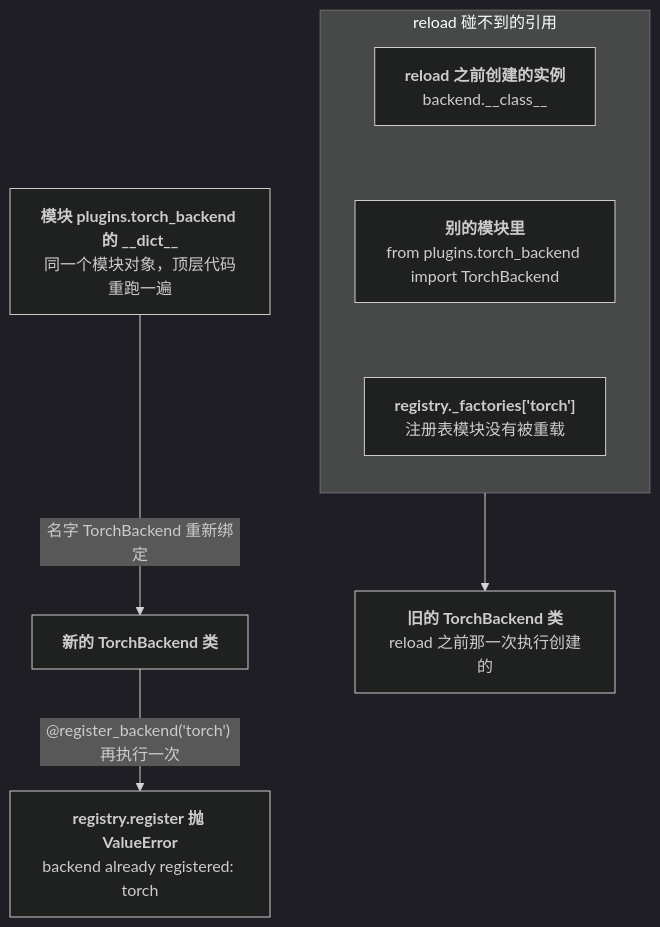
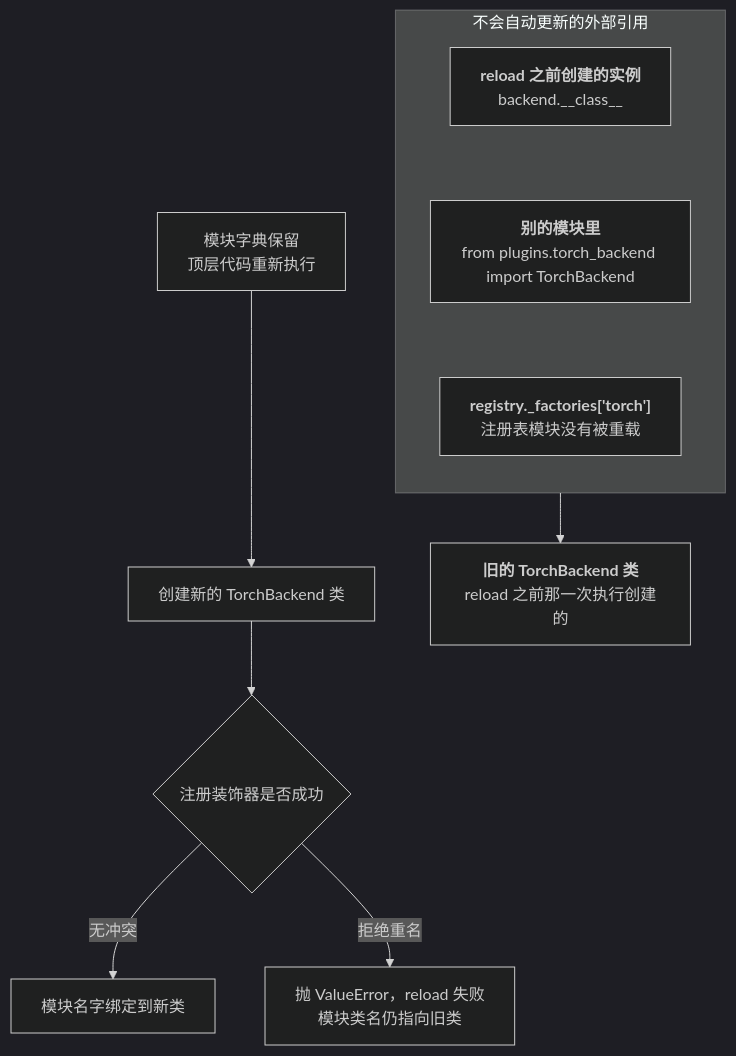
One commit to arganzheng/arganzheng.github.com changed the fifth of 6 diagrams in _posts/2026-01-27-python-reflection-metaprogramming-and-plugin-architecture.md. Above: the diagram before and after it, drawn with Mermaid (dark theme). The commit also changed other lines of this file and 1 other file, not shown here.

Commit message:
Python 04/06：就近 Java 对照、补机制图与总览图、修正示例语法和技术表述

````diff
--- a/_posts/2026-01-27-python-reflection-metaprogramming-and-plugin-architecture.md
+++ b/_posts/2026-01-27-python-reflection-metaprogramming-and-plugin-architecture.md
@@ -1448,11 +1493,13 @@
 ```mermaid
 %% 图：importlib.reload 之后谁指向新类、谁还指向旧类
 flowchart TB
-    M["<b>模块 plugins.torch_backend 的 __dict__</b><br/>同一个模块对象，顶层代码重跑一遍"] -- "名字 TorchBackend 重新绑定" --> NEW["<b>新的 TorchBackend 类</b>"]
-    NEW -- "@register_backend('torch') 再执行一次" --> ERR["<b>registry.register 抛 ValueError</b><br/>backend already registered: torch"]
-    subgraph KEEP["reload 碰不到的引用"]
+    M["模块字典保留<br/>顶层代码重新执行"] --> NEW["创建新的 TorchBackend 类"]
+    NEW --> CHECK{注册装饰器是否成功}
+    CHECK -- 无冲突 --> BOUND["模块名字绑定到新类"]
+    CHECK -- 拒绝重名 --> ERR["抛 ValueError，reload 失败<br/>模块类名仍指向旧类"]
+    subgraph KEEP["不会自动更新的外部引用"]
         direction TB
         INST["<b>reload 之前创建的实例</b><br/>backend.__class__"] ~~~ OTHER["<b>别的模块里</b><br/>from plugins.torch_backend import TorchBackend"] ~~~ REG["<b>registry._factories['torch']</b><br/>注册表模块没有被重载"]
     end
     KEEP --> OLD["<b>旧的 TorchBackend 类</b><br/>reload 之前那一次执行创建的"]
 ```
````
